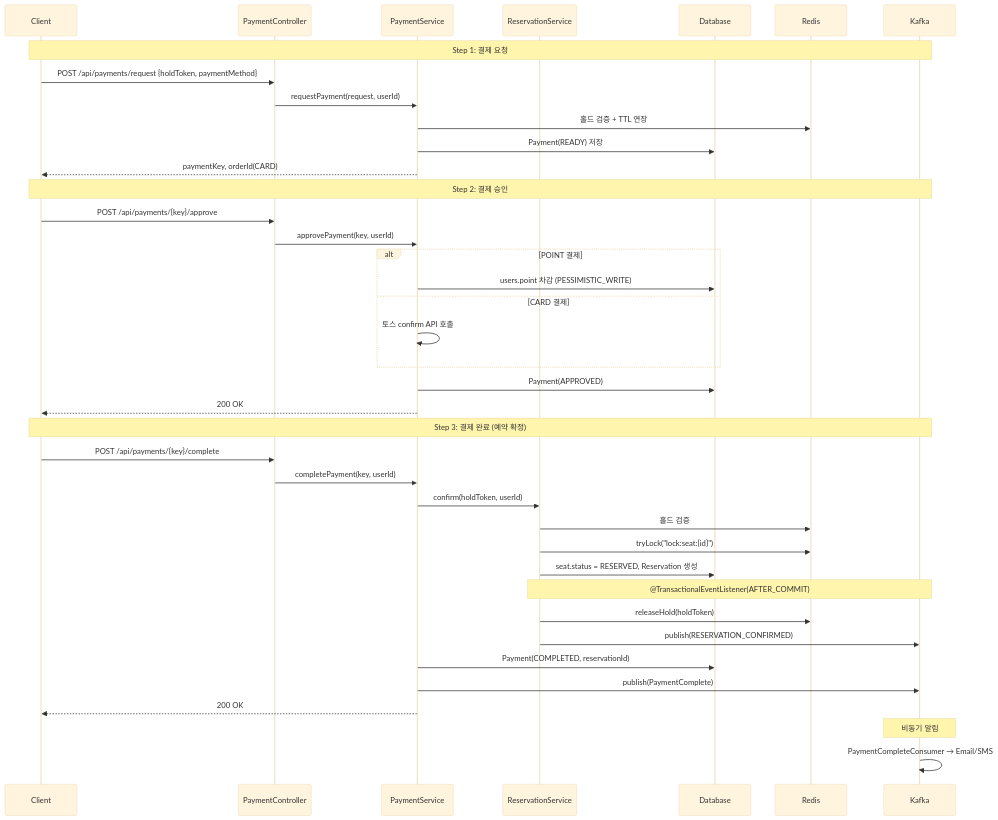
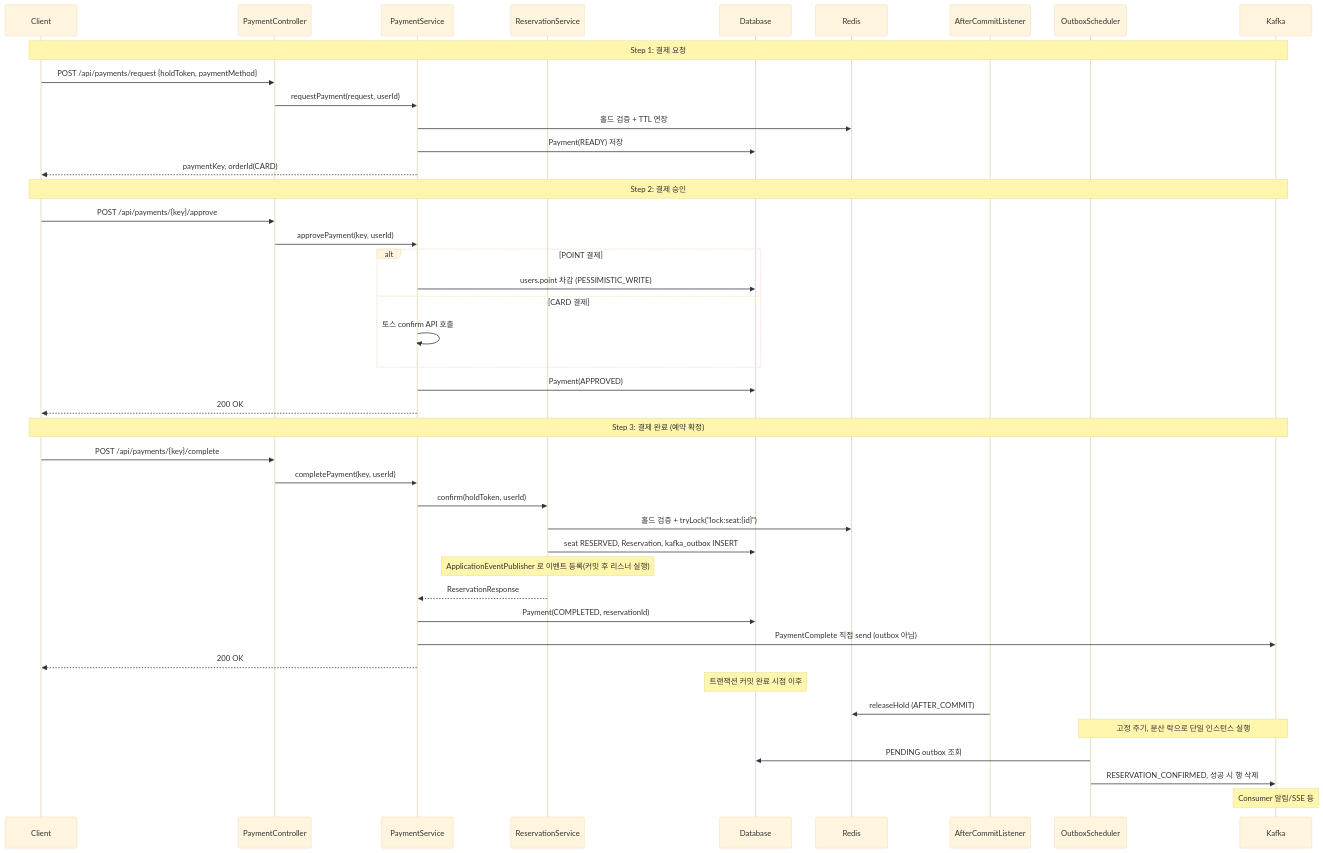
The second of 7 diagrams in docs/sequence-diagrams.md (kiy3035/Ticketing), drawn with Mermaid (base theme) before and after one commit. The commit also changed other lines of this file and 32 other files, not shown here.

Commit message:
feat: 예약 확정 Kafka outbox·ArchUnit·record DTO·헬스/정합성 문서 및 학습용 주석 추가

````diff
--- a/docs/sequence-diagrams.md
+++ b/docs/sequence-diagrams.md
@@ -43,47 +43,50 @@
 ```mermaid
 sequenceDiagram
     participant C as Client
     participant PC as PaymentController
     participant PS as PaymentService
     participant RS as ReservationService
     participant DB as Database
     participant Redis as Redis
+    participant L as AfterCommitListener
+    participant Sched as OutboxScheduler
     participant K as Kafka
 
     Note over C,K: Step 1: 결제 요청
     C->>PC: POST /api/payments/request {holdToken, paymentMethod}
     PC->>PS: requestPayment(request, userId)
     PS->>Redis: 홀드 검증 + TTL 연장
     PS->>DB: Payment(READY) 저장
     PS-->>C: paymentKey, orderId(CARD)
 
     Note over C,K: Step 2: 결제 승인
     C->>PC: POST /api/payments/{key}/approve
     PC->>PS: approvePayment(key, userId)
     alt POINT 결제
         PS->>DB: users.point 차감 (PESSIMISTIC_WRITE)
     else CARD 결제
         PS->>PS: 토스 confirm API 호출
     end
     PS->>DB: Payment(APPROVED)
     PS-->>C: 200 OK
 
     Note over C,K: Step 3: 결제 완료 (예약 확정)
     C->>PC: POST /api/payments/{key}/complete
     PC->>PS: completePayment(key, userId)
     PS->>RS: confirm(holdToken, userId)
-    RS->>Redis: 홀드 검증
-    RS->>Redis: tryLock("lock:seat:{id}")
-    RS->>DB: seat.status = RESERVED, Reservation 생성
-    
-    Note over RS,K: @TransactionalEventListener(AFTER_COMMIT)
-    RS->>Redis: releaseHold(holdToken)
-    RS->>K: publish(RESERVATION_CONFIRMED)
-    
+    RS->>Redis: 홀드 검증 + tryLock("lock:seat:{id}")
+    RS->>DB: seat RESERVED, Reservation, kafka_outbox INSERT
+    Note over RS: ApplicationEventPublisher 로 이벤트 등록(커밋 후 리스너 실행)
+    RS-->>PS: ReservationResponse
     PS->>DB: Payment(COMPLETED, reservationId)
-    PS->>K: publish(PaymentComplete)
+    PS->>K: PaymentComplete 직접 send (outbox 아님)
     PS-->>C: 200 OK
 
-    Note over K: 비동기 알림
-    K->>K: PaymentCompleteConsumer → Email/SMS
+    Note over DB: 트랜잭션 커밋 완료 시점 이후
+    L->>Redis: releaseHold (AFTER_COMMIT)
+    Note over Sched,K: 고정 주기, 분산 락으로 단일 인스턴스 실행
+    Sched->>DB: PENDING outbox 조회
+    Sched->>K: RESERVATION_CONFIRMED, 성공 시 행 삭제
+
+    Note over K: Consumer 알림/SSE 등
 ```
````
